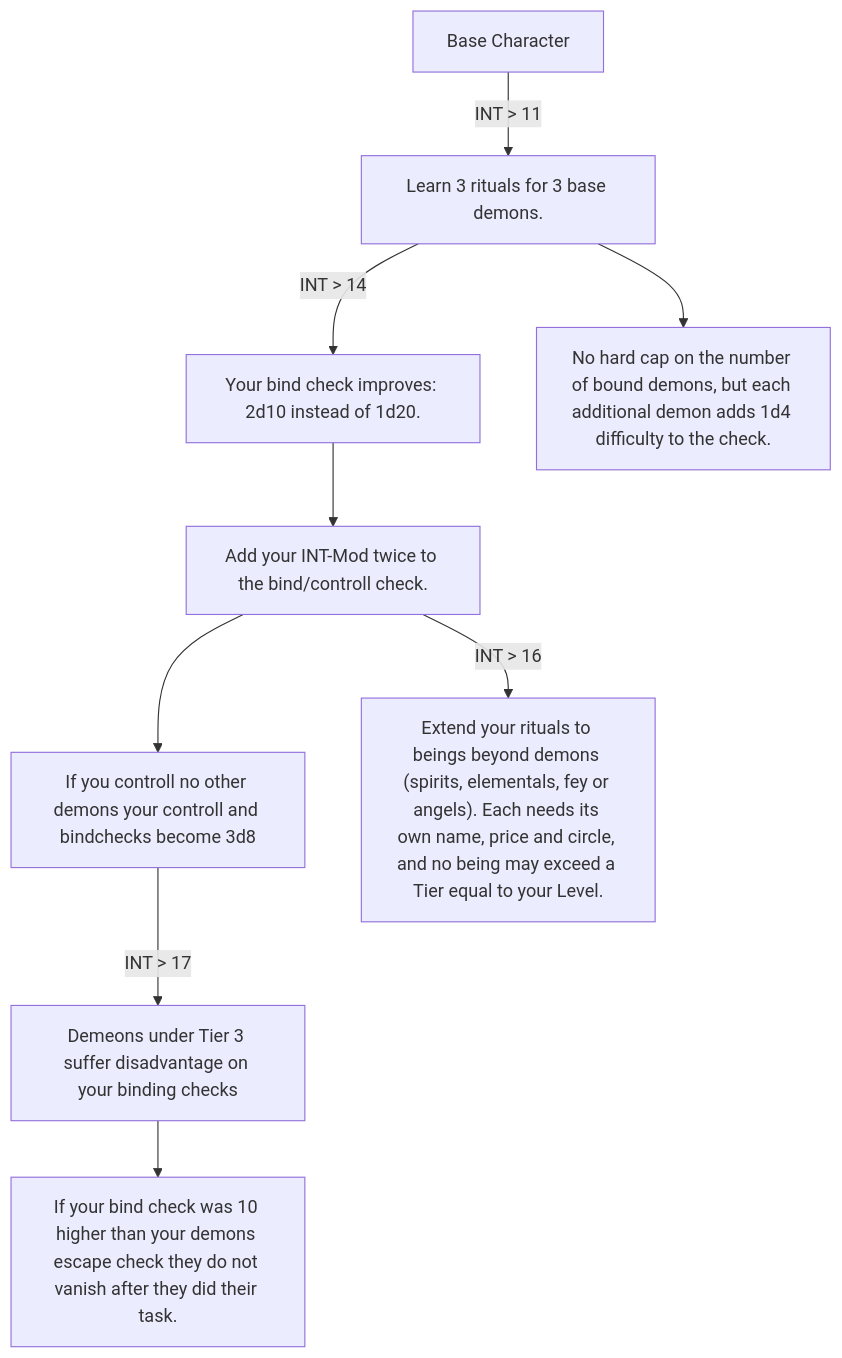
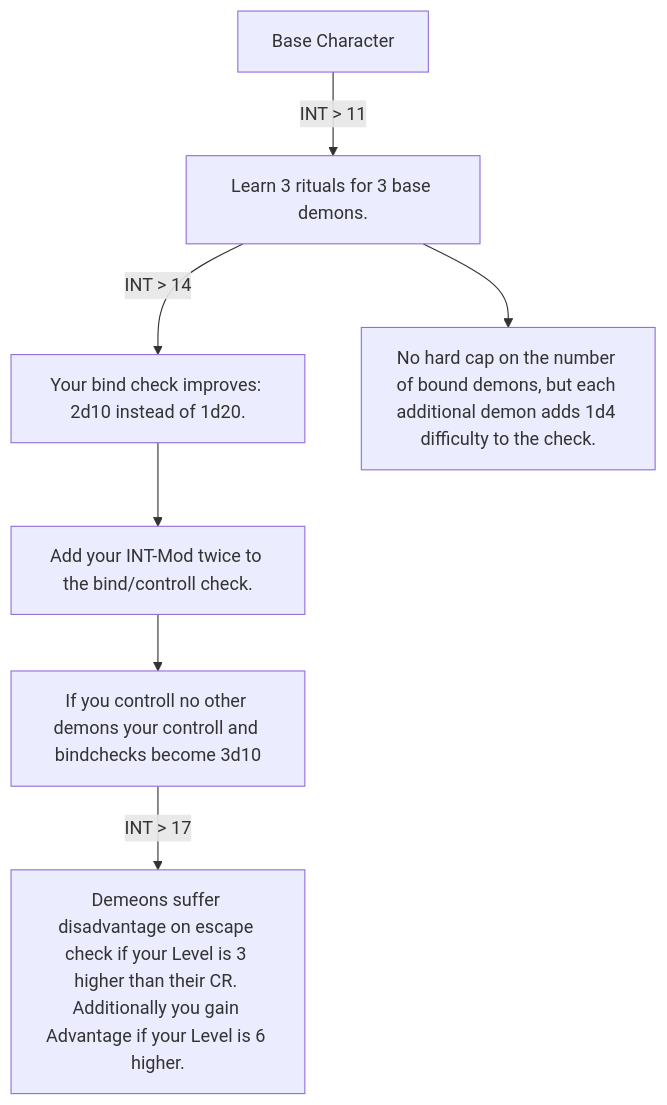
Before and after one commit to WiIdNeo/DnD-RealismHomeBrew: diagram 31 of 37 in Homebrew/Classes and Races/Classes/Class-Handbook.md, drawn with Mermaid. The commit also changed other lines of this file and 9 other files, not shown here.

````diff
--- a/Homebrew/Classes and Races/Classes/Class-Handbook.md
+++ b/Homebrew/Classes and Races/Classes/Class-Handbook.md
@@ -1023,19 +994,16 @@
 ```mermaid
 flowchart TD
 
 A[Base Character]
 
 1["Learn 3 rituals for 3 base demons."]
 2["Your bind check improves: 2d10 instead of 1d20."]
 3["No hard cap on the number of bound demons, but each additional demon adds 1d4 difficulty to the check."]
 4["Add your INT-Mod twice to the bind/controll check."]
-5["If you controll no other demons your controll and bindchecks become 3d8"]
-6["Demeons under Tier 3 suffer disadvantage on your binding checks"]
-7["Extend your rituals to beings beyond demons (spirits, elementals, fey or angels). Each needs its own name, price and circle, and no being may exceed a Tier equal to your Level."]
-8["If your bind check was 10 higher than your demons escape check they do not vanish after they did their task."]
+5["If you controll no other demons your controll and bindchecks become 3d10"]
+6["Demeons suffer disadvantage on escape check if your Level is 3 higher than their CR. Additionally you gain Advantage if your Level is 6 higher."]
 
 A -->|INT > 11|1
-1 --> |INT > 14|2 --> 4 --> 5 --> |INT > 17|6 --> 8
+1 --> |INT > 14|2 --> 4 --> 5 --> |INT > 17|6
 1 --> 3
-4 --> |INT > 16|7
 ```
````
